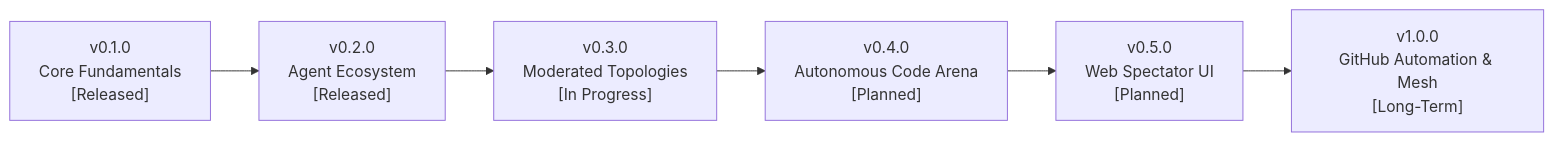
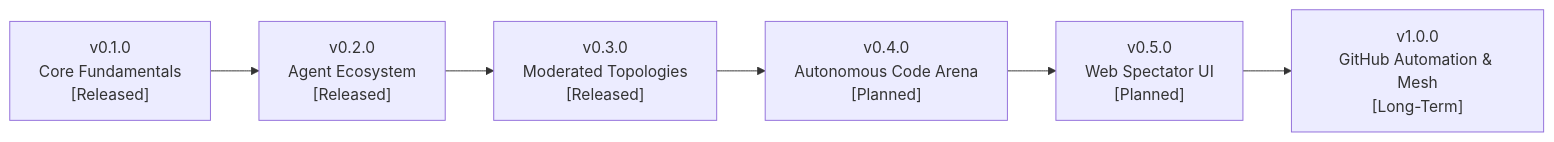
The diagram in ROADMAP.md (rikbon/DialecticArena), drawn with Mermaid before and after one commit. The commit also changed other lines of this file and 16 other files, not shown here.

````diff
--- a/ROADMAP.md
+++ b/ROADMAP.md
@@ -5,8 +5,8 @@
 ```mermaid
 flowchart LR
     M1["v0.1.0\nCore Fundamentals\n[Released]"] --> M2["v0.2.0\nAgent Ecosystem\n[Released]"]
-    M2 --> M3["v0.3.0\nModerated Topologies\n[In Progress]"]
+    M2 --> M3["v0.3.0\nModerated Topologies\n[Released]"]
     M3 --> M4["v0.4.0\nAutonomous Code Arena\n[Planned]"]
     M4 --> M5["v0.5.0\nWeb Spectator UI\n[Planned]"]
     M5 --> M6["v1.0.0\nGitHub Automation & Mesh\n[Long-Term]"]
 ```
````
